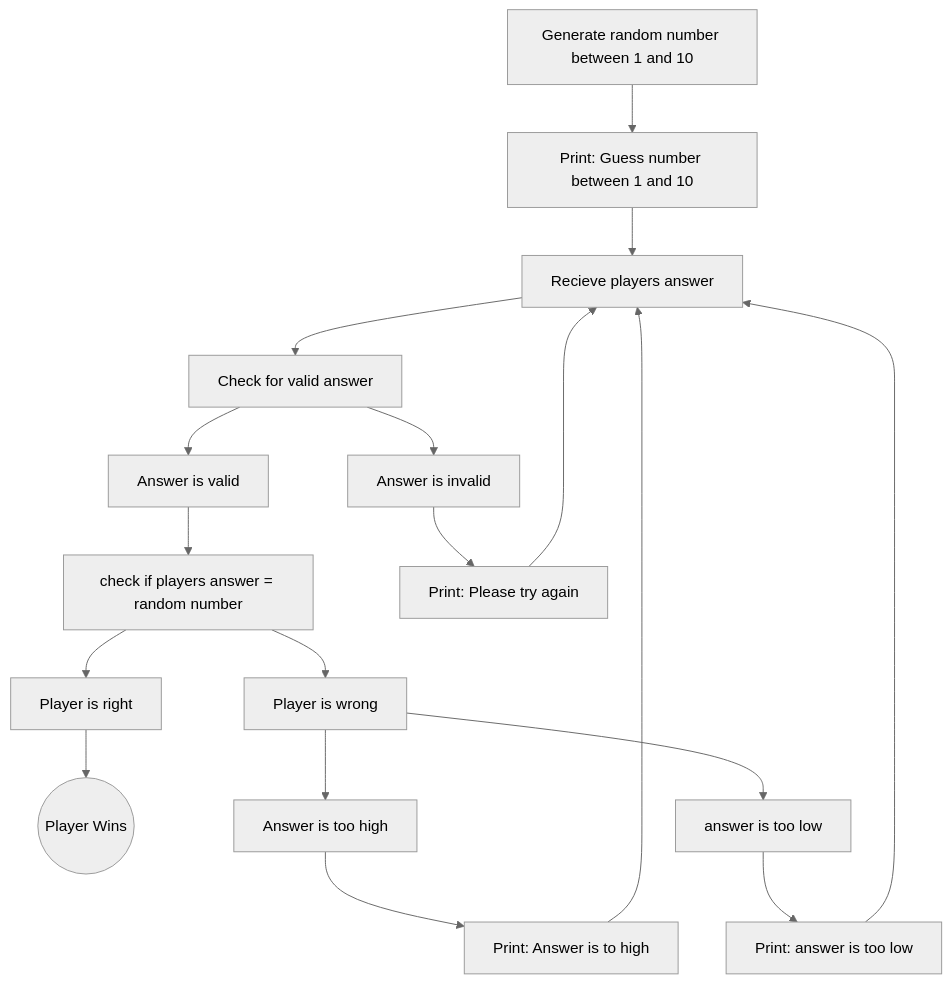
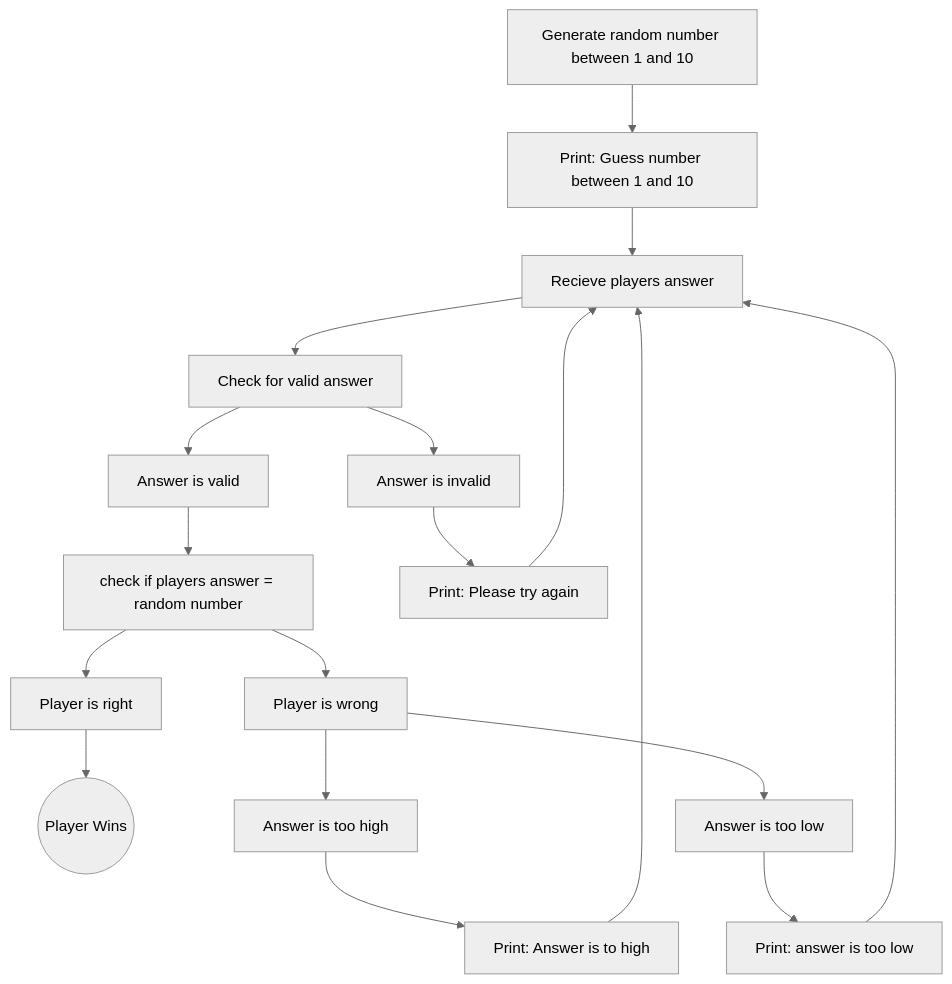
Before and after one commit to caleb-mook/caleb-mook.github.io: the diagram in Guessing.md, drawn with Mermaid (neutral theme).

````diff
--- a/Guessing.md
+++ b/Guessing.md
@@ -1,20 +1,20 @@
 ```mermaid
     flowchart TD
     generate[Generate random number between 1 and 10] --> print_Q[Print: Guess number between 1 and 10]
     print_Q --> get_answer[Recieve players answer]
     get_answer --> checkv[Check for valid answer]
     checkv --> valid[Answer is valid]
     valid --> check_answer[check if players answer = random number]
     checkv --> nvalid[Answer is invalid]
     nvalid --> try_again[Print: Please try again]
     try_again --> get_answer
     check_answer --> player_right[Player is right]
     player_right --> win((Player Wins))
     check_answer --> player_wrong[Player is wrong]
     player_wrong --> too_high[Answer is too high]
     too_high --> print_too_high[Print: Answer is to high]
     print_too_high --> get_answer
-    player_wrong --> too_low[answer is too low]
+    player_wrong --> too_low[Answer is too low]
     too_low --> print_too_low[Print: answer is too low]
     print_too_low --> get_answer
 ```
````
